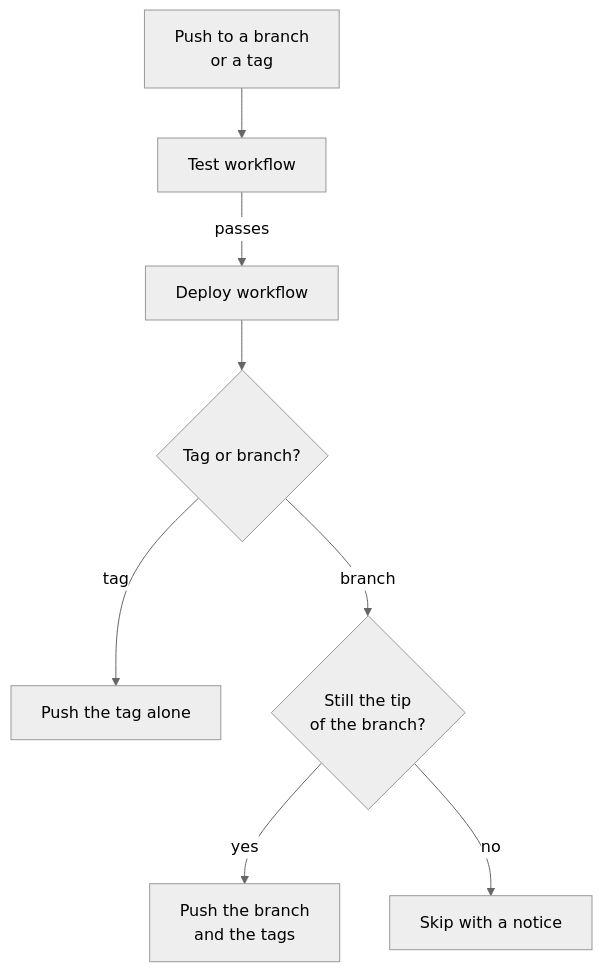
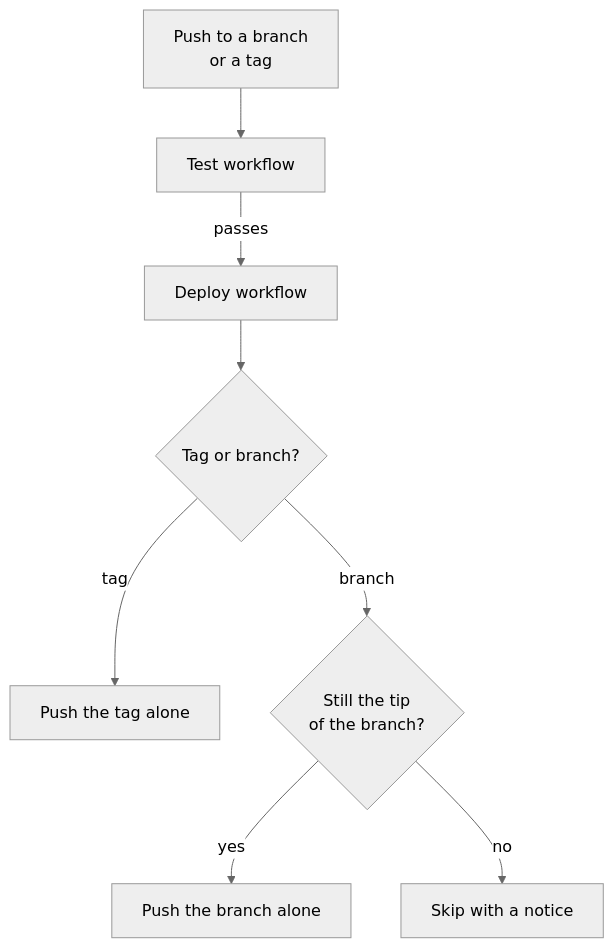
Before and after one commit to drevops/eddy: the diagram in .eddy/docs/content/deployment/README.mdx, drawn with Mermaid (neutral theme). The commit also changed other lines of this file and 5 other files, not shown here.

````diff
--- a/.eddy/docs/content/deployment/README.mdx
+++ b/.eddy/docs/content/deployment/README.mdx
@@ -17,10 +17,10 @@
 ```mermaid
 flowchart TB
   push["Push to a branch<br/>or a tag"] --> test["Test workflow"]
   test -->|passes| deploy["Deploy workflow"]
   deploy --> kind{"Tag or branch?"}
   kind -->|tag| tag["Push the tag alone"]
   kind -->|branch| tip{"Still the tip<br/>of the branch?"}
-  tip -->|yes| branch["Push the branch<br/>and the tags"]
+  tip -->|yes| branch["Push the branch alone"]
   tip -->|no| skip["Skip with a notice"]
 ```
````
